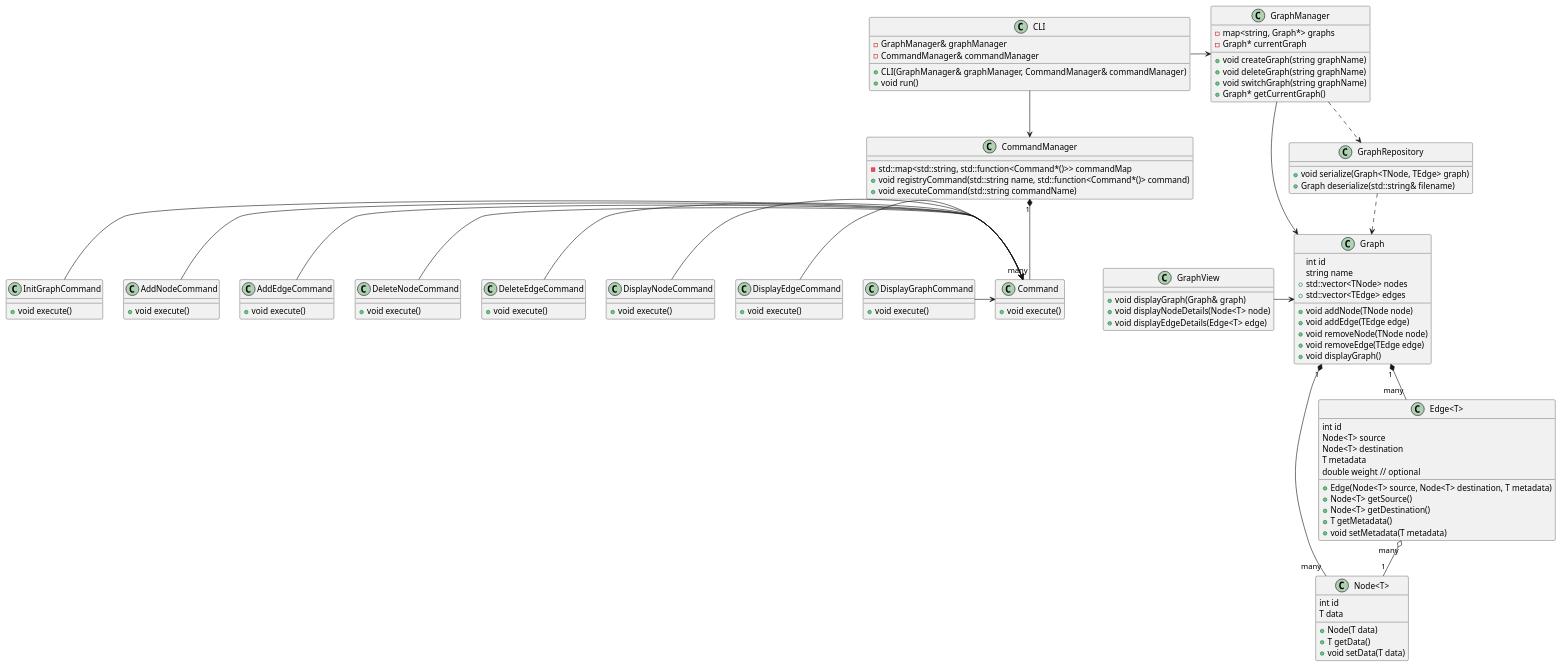
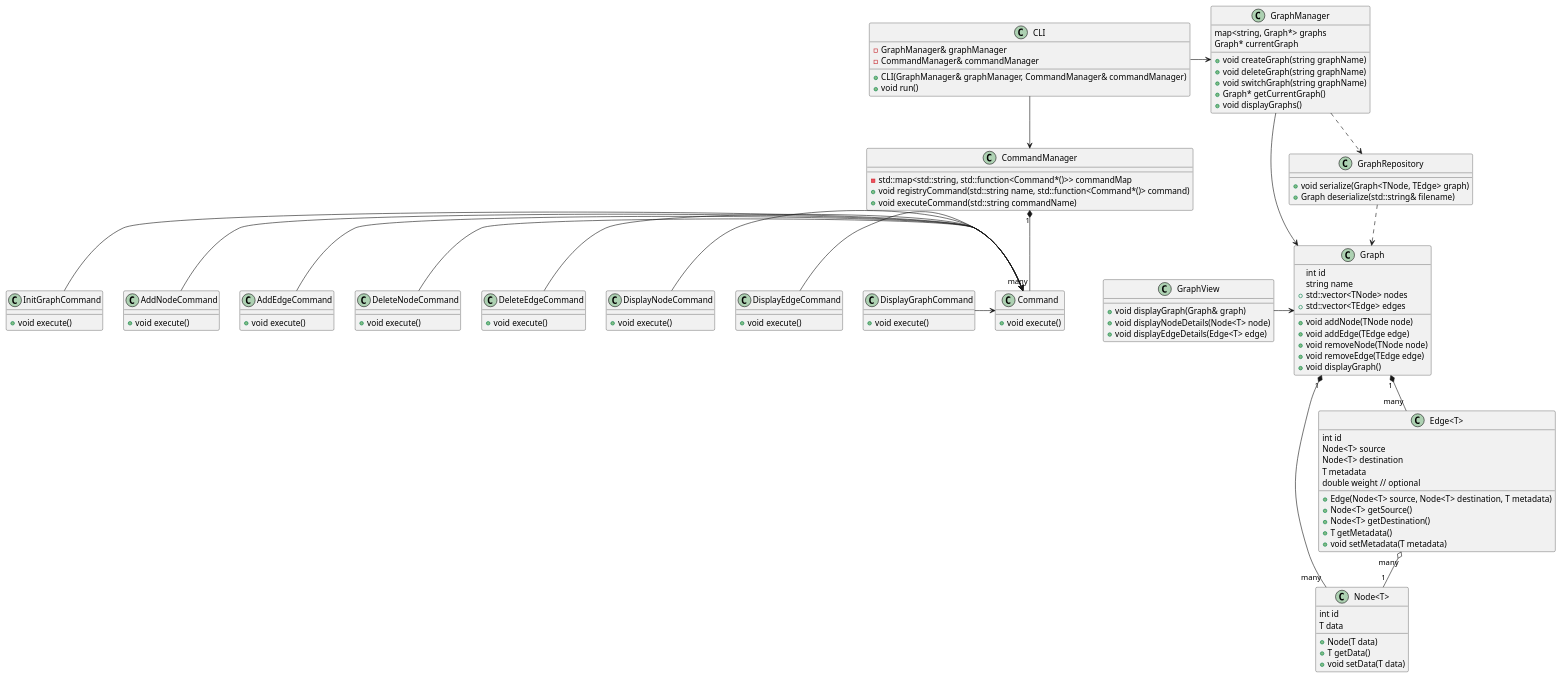
The diagram in class_diagram.puml (kostkr/Data_Storage), drawn with PlantUML before and after one commit. The commit also changed 4 other files, not shown here.

Commit message:
GraphManager

```diff
--- a/class_diagram.puml
+++ b/class_diagram.puml
@@ -1,147 +1,148 @@
 @startuml
 class CLI {
     -GraphManager& graphManager
     -CommandManager& commandManager
     +CLI(GraphManager& graphManager, CommandManager& commandManager)
     +void run()
 }
 
 CLI -> GraphManager
 CLI --> CommandManager
 
 class CommandManager {
     - std::map<std::string, std::function<Command*()>> commandMap
     + void registryCommand(std::string name, std::function<Command*()> command)
     + void executeCommand(std::string commandName)
 }
 
 class Command {
     + void execute()
 }
 
 class InitGraphCommand{
     + void execute()
 }
 
 class AddNodeCommand{
     + void execute()
 }
 
 class AddEdgeCommand{
     + void execute()
 }
 
 class DeleteNodeCommand{
     + void execute()
 }
 
 class DeleteEdgeCommand{
     + void execute()
 }
 
 class DisplayNodeCommand{
     + void execute()
 }
 
 class DisplayEdgeCommand{
     + void execute()
 }
 
 class DisplayGraphCommand{
     + void execute()
 }
 
 InitGraphCommand -> Command
 AddNodeCommand -> Command
 AddEdgeCommand -> Command
 DeleteNodeCommand -> Command
 DeleteEdgeCommand -> Command
 DisplayNodeCommand -> Command
 DisplayEdgeCommand -> Command
 DisplayGraphCommand -> Command
 
 
 class GraphManager {
-    -map<string, Graph*> graphs
-    -Graph* currentGraph
+    map<string, Graph*> graphs
+    Graph* currentGraph
     +void createGraph(string graphName)
     +void deleteGraph(string graphName)
     +void switchGraph(string graphName)
     +Graph* getCurrentGraph()
+    +void displayGraphs()
 }
 
 GraphManager --> Graph
 
 class Graph {
     int id
     string name
     + std::vector<TNode> nodes
     + std::vector<TEdge> edges
     + void addNode(TNode node)
     + void addEdge(TEdge edge)
     + void removeNode(TNode node)
     + void removeEdge(TEdge edge)
     + void displayGraph()
 }
 
 class "Node<T>" {
       int id
       T data
     + Node(T data)
     + T getData()
     + void setData(T data)
 }
 
 class "Edge<T>" {
       int id
       Node<T> source
       Node<T> destination
       T metadata
       double weight // optional
     + Edge(Node<T> source, Node<T> destination, T metadata)
     + Node<T> getSource()
     + Node<T> getDestination()
     + T getMetadata()
     + void setMetadata(T metadata)
 }
 
 class GraphRepository {
     + void serialize(Graph<TNode, TEdge> graph)
     + Graph deserialize(std::string& filename)
 }
 
 class GraphView {
     + void displayGraph(Graph& graph)
     + void displayNodeDetails(Node<T> node)
     + void displayEdgeDetails(Edge<T> edge)
 }
 
 Graph "1" *-- "many" "Node<T>"
 Graph "1" *-- "many" "Edge<T>"
 "Edge<T>" "many" o-- "1" "Node<T>"
 
 GraphRepository ..> "Graph"
 GraphManager ..> "GraphRepository"
 
 GraphView -> Graph
 
 CommandManager "1" *-- "many" "Command"
 
 
 ' patterns:
 ' 1) Service layer - CommandManager implements the pattern because it acts as an intermediary between the user interface (in this case, the CLI) and the core business logic (represented by the commands and graph operations)
 ' 2) Facade - CLI providing a unified interface to the underlying subsystems like CommandManager
 ' 3) Factory Method - CommandManager provide the REGISTER_COMMAND macro simplifies the process of registering commands with their creators, making the system more flexible and extensible by allowing new commands to be added without modifying existing code.
 ' 4) Plugin - Command provide method execute() to implement new command and next register this in CommandManager. It allows to provide new commands which user requires.
 ' 5) Repository - GraphRepository persist graph as file for next use in RAG system.
 ' +6) Metadata Mapping - The Edge class can use metaprogramming to implement weights, which helps determine the strength of the relationship between pieces of information, enabling more efficient analysis and processing
-' 7) MVC - Graph, GraphManaged, GraphView, CLI - basic application architect for code readability.
+' 7) MVC - Graph(model), CommandManager(controller), GraphView(view)
 ' + 8) Foreign Key Mapping - The Edge class contains a reference to the Node class to establish dependencies between the data.
 ' 9) Serialized LOB - GraphRepository can persist and upload graph as single file to simply process of sharing data between applications.
 ' 10) Application Controller - CommandManager control execution of all incoming commands as a gateway.
 ' 11) Data Transfer Object - GraphRepository can generate file to transfer graph tp another application as llama-index for generate index for RAG.
 ' 12) Registry - CommandManager allow registry new method to extend application.
 ' 13) Value Object - Command classes can be identified by name but not id.
 ' 14) Special Case -  GraphManage has special case when graph is not initialized or uploaded by user.
 
 @enduml
```
